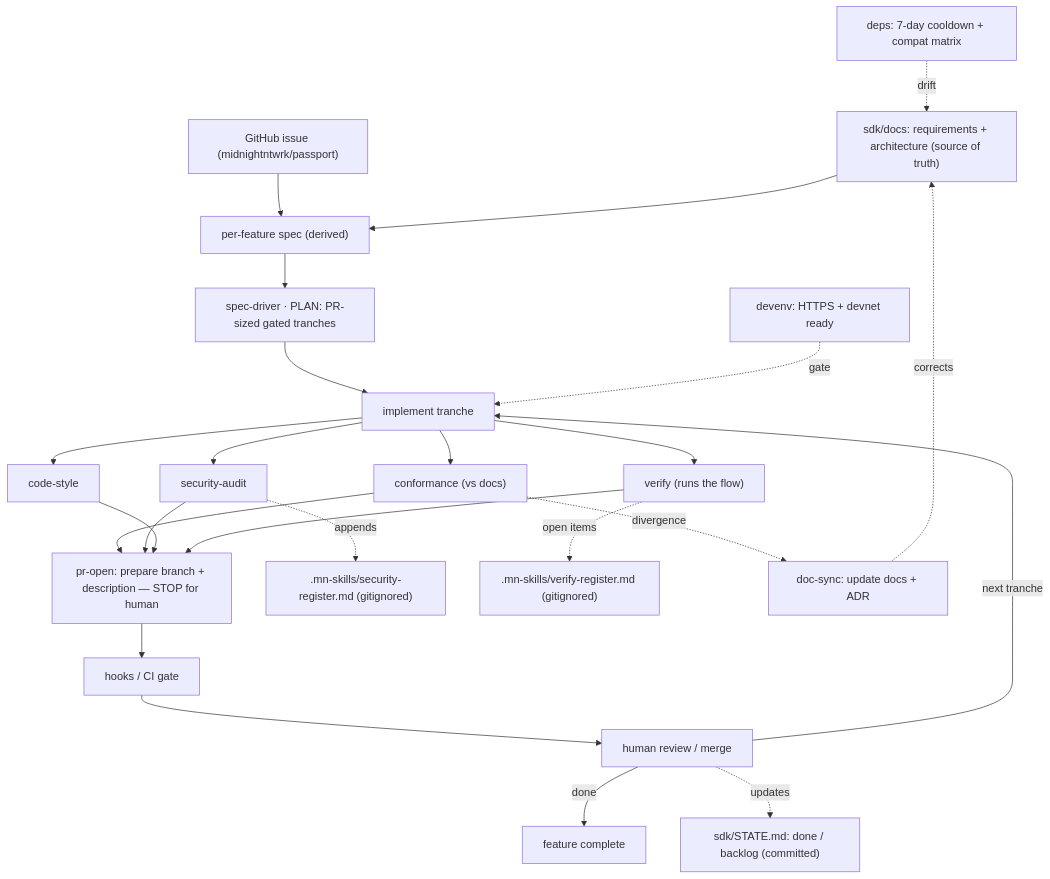
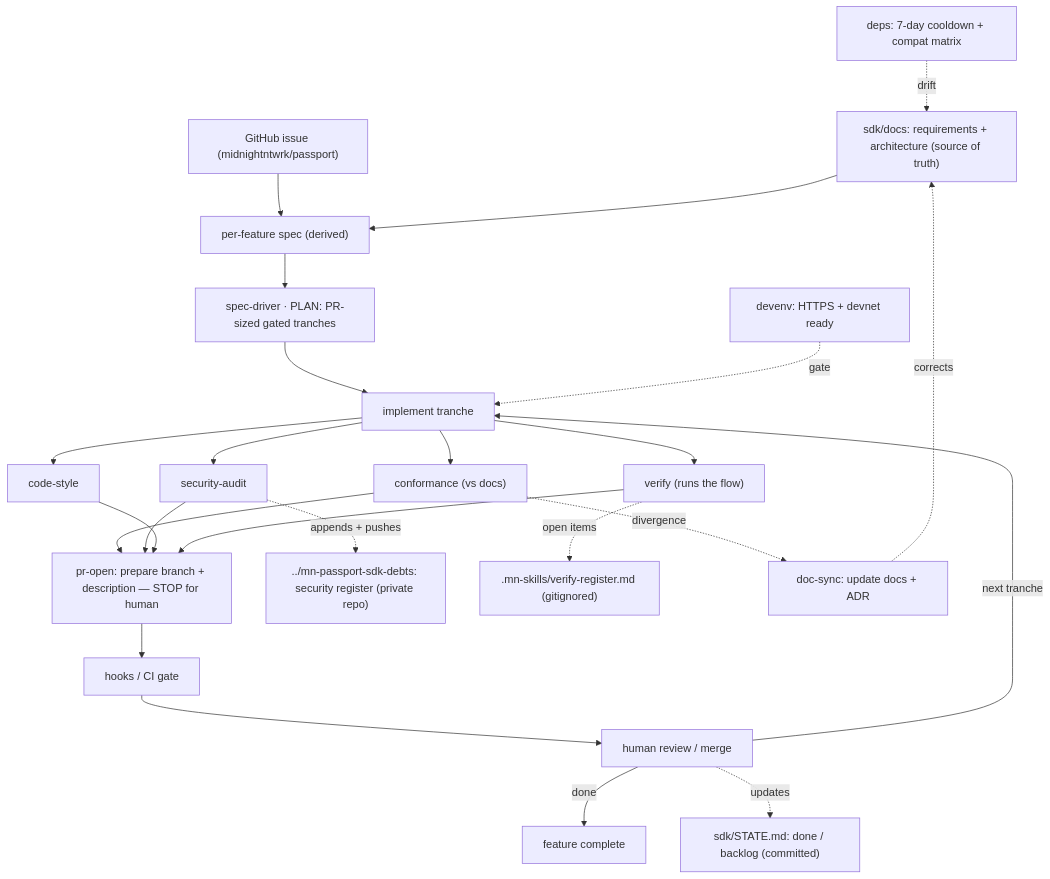
One commit to hbulgarini/mn-passport-sdk changed the first of 2 diagrams in docs/development-workflow.md. Above: the diagram before and after it, drawn with Mermaid. The commit also changed other lines of this file and 19 other files, not shown here.

````diff
--- a/docs/development-workflow.md
+++ b/docs/development-workflow.md
@@ -201,34 +217,34 @@
 ```mermaid
 flowchart TB
   DOCS["sdk/docs: requirements + architecture (source of truth)"]
   SPEC["per-feature spec (derived)"]
   PLAN["spec-driver · PLAN: PR-sized gated tranches"]
   IMPL["implement tranche"]
   PR["pr-open: prepare branch + description — STOP for human"]
   GATE["hooks / CI gate"]
   HUMAN["human review / merge"]
   DONE["feature complete"]
 
   ISSUE["GitHub issue (midnightntwrk/passport)"] --> SPEC
   DOCS --> SPEC --> PLAN --> IMPL
   IMPL --> CONF["conformance (vs docs)"]
   IMPL --> SEC["security-audit"]
   IMPL --> STYLE["code-style"]
   IMPL --> VERIFY["verify (runs the flow)"]
   CONF --> PR
   SEC --> PR
   STYLE --> PR
   VERIFY --> PR
   PR --> GATE --> HUMAN
   HUMAN -->|next tranche| IMPL
   HUMAN -->|done| DONE
   HUMAN -. updates .-> STATE["sdk/STATE.md: done / backlog (committed)"]
 
-  SEC -. appends .-> SREG[".mn-skills/security-register.md (gitignored)"]
+  SEC -. "appends + pushes" .-> SREG["../mn-passport-sdk-debts: security register (private repo)"]
   VERIFY -. open items .-> VREG[".mn-skills/verify-register.md (gitignored)"]
   CONF -. divergence .-> SYNC["doc-sync: update docs + ADR"]
   SYNC -. corrects .-> DOCS
 
   DEPS["deps: 7-day cooldown + compat matrix"] -. drift .-> DOCS
   DEVENV["devenv: HTTPS + devnet ready"] -. gate .-> IMPL
 ```
````
